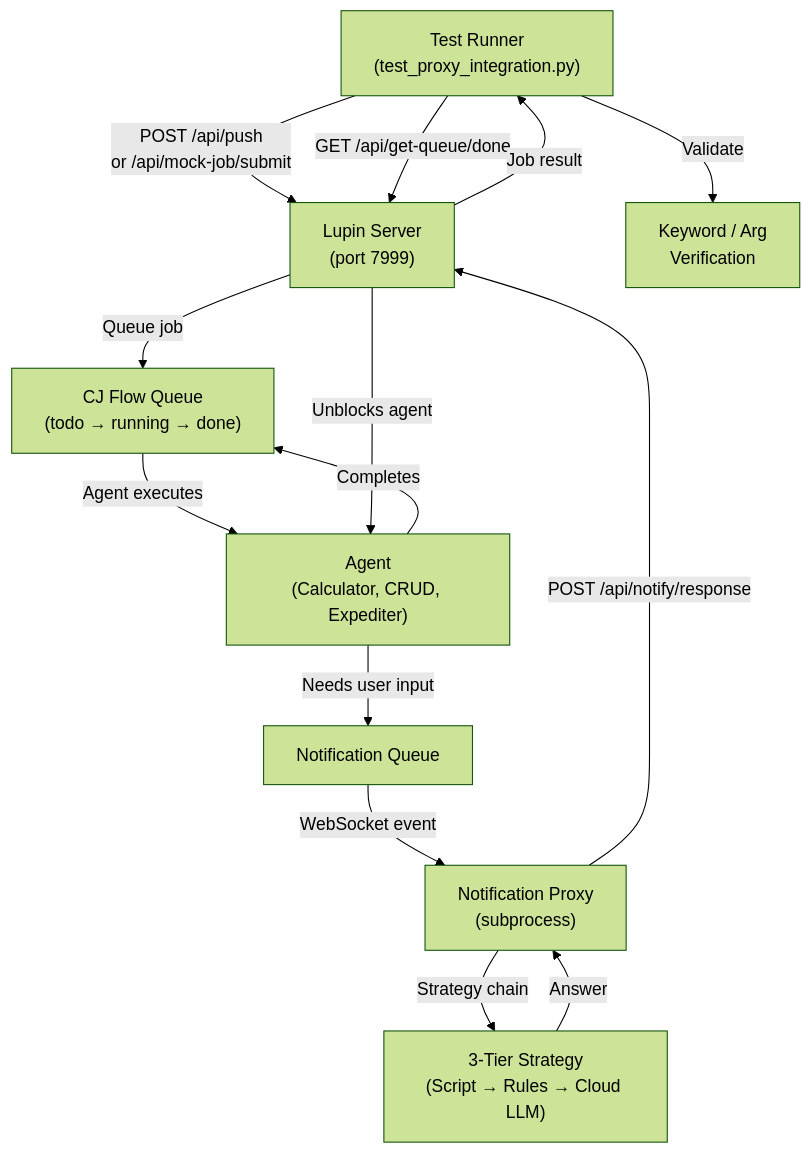
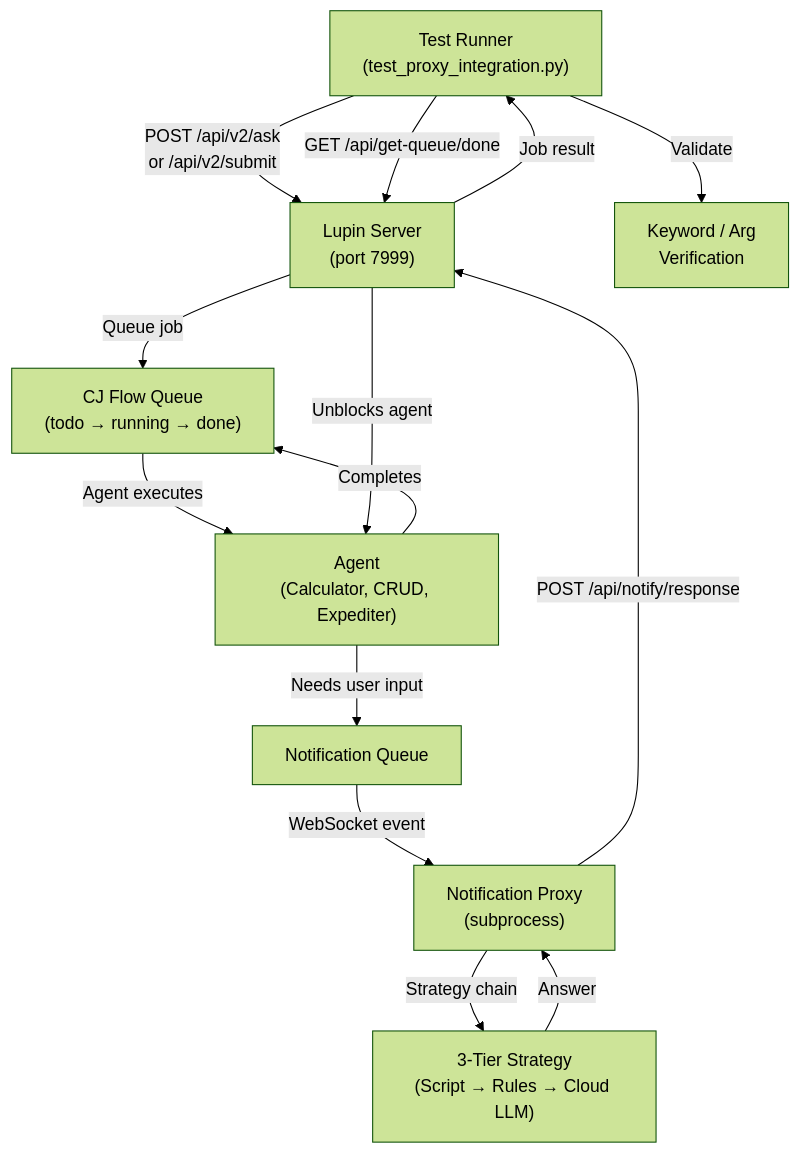
One commit to deepily/lupin changed the first of 5 diagrams in src/docs/automated-interactive-testing.md. Above: the diagram before and after it, drawn with Mermaid (forest theme). The commit also changed other lines of this file and 2379 other files, not shown here.

Commit message:
Lupin v0.2.1 → main: CJ Flow v2 follow-up, multiplexer parity, live console stream, doc viewer, fleet task-store hardening (#22)

````diff
--- a/src/docs/automated-interactive-testing.md
+++ b/src/docs/automated-interactive-testing.md
@@ -77,16 +77,16 @@
 ```mermaid
 graph TD
-    TR["Test Runner<br/>(test_proxy_integration.py)"] -->|POST /api/push<br/>or /api/mock-job/submit| Server["Lupin Server<br/>(port 7999)"]
+    TR["Test Runner<br/>(test_proxy_integration.py)"] -->|POST /api/v2/ask<br/>or /api/v2/submit| Server["Lupin Server<br/>(port 7999)"]
     Server -->|Queue job| Queue["CJ Flow Queue<br/>(todo → running → done)"]
     Queue -->|Agent executes| Agent["Agent<br/>(Calculator, CRUD, Expediter)"]
     Agent -->|Needs user input| NQ["Notification Queue"]
     NQ -->|WebSocket event| Proxy["Notification Proxy<br/>(subprocess)"]
     Proxy -->|Strategy chain| SC["3-Tier Strategy<br/>(Script → Rules → Cloud LLM)"]
     SC -->|Answer| Proxy
     Proxy -->|POST /api/notify/response| Server
     Server -->|Unblocks agent| Agent
     Agent -->|Completes| Queue
     TR -->|GET /api/get-queue/done| Server
     Server -->|Job result| TR
     TR -->|Validate| V["Keyword / Arg<br/>Verification"]
 ```
````
